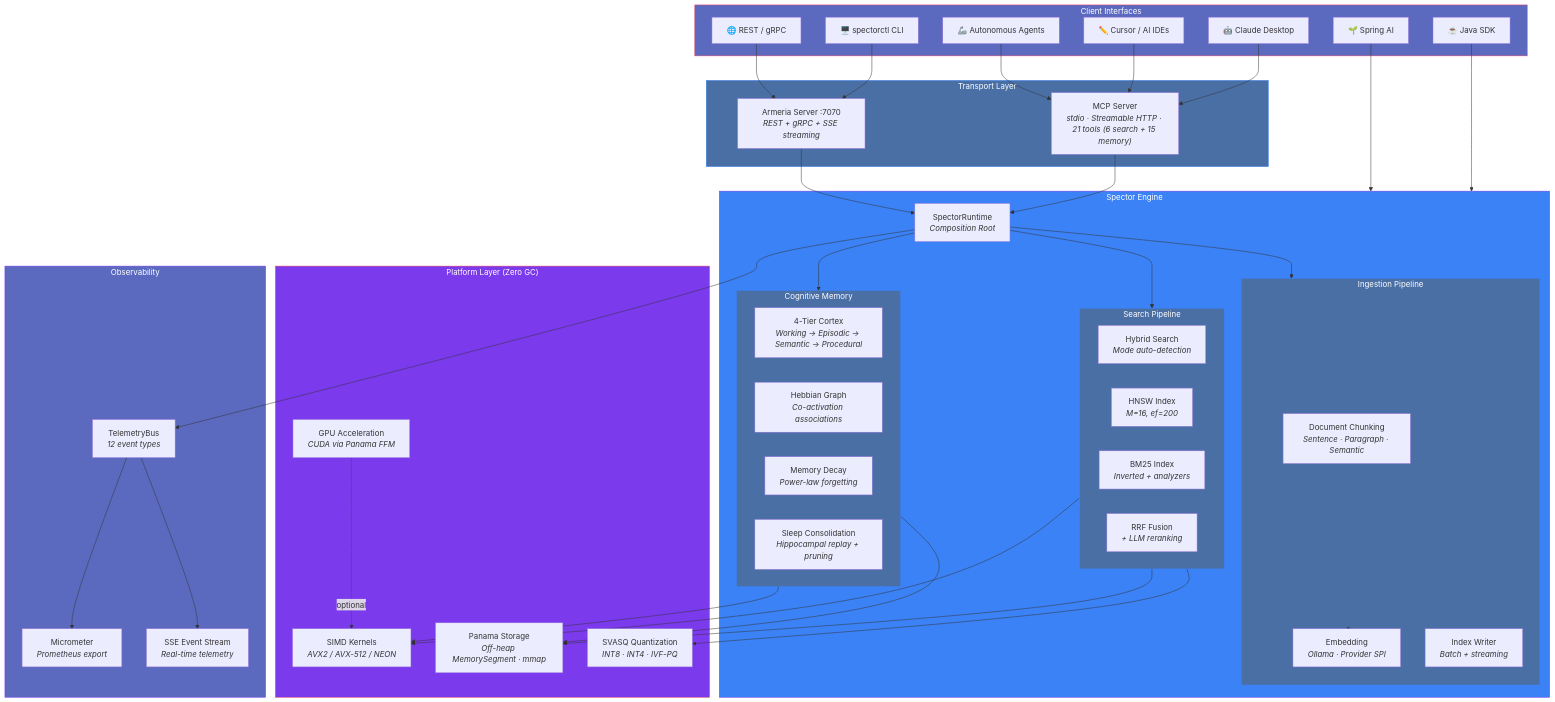
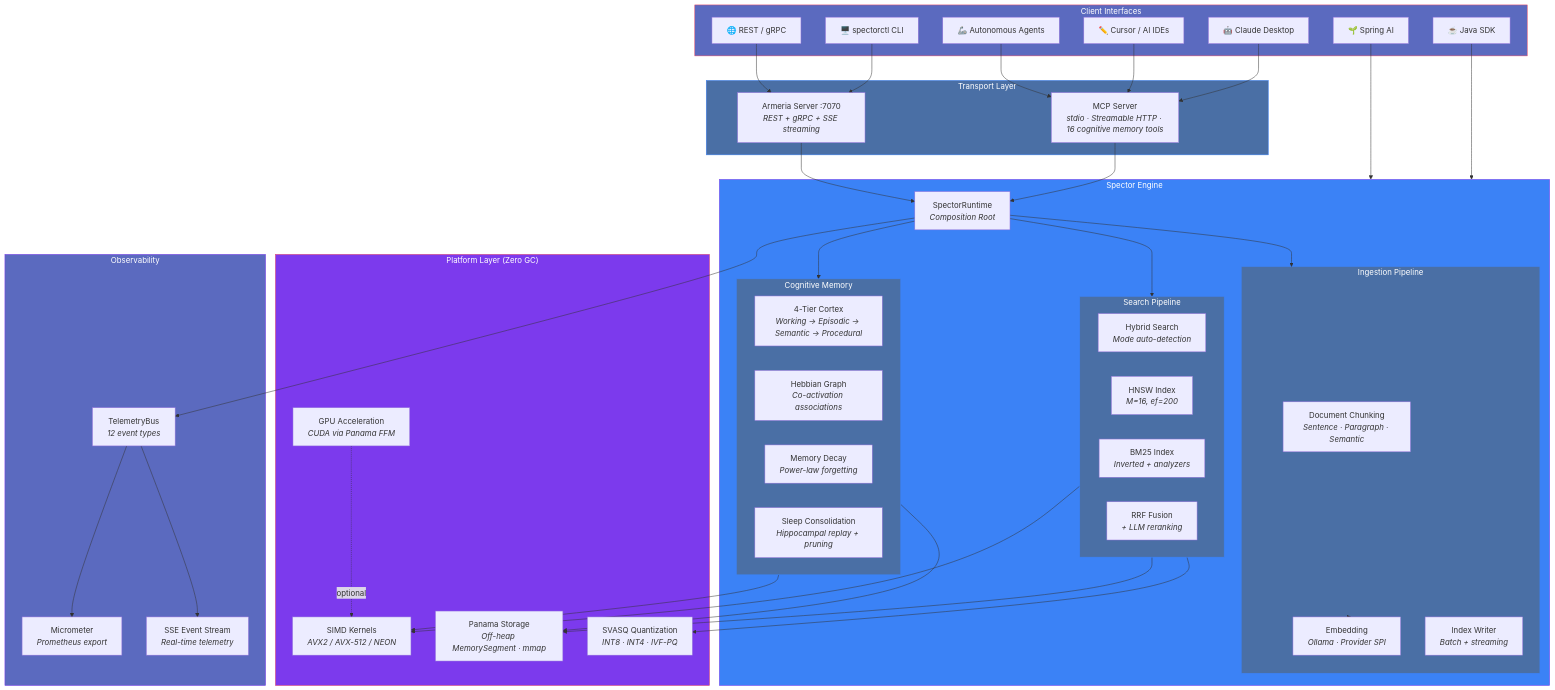
The first of 12 diagrams in docs/docs/architecture/overview.md (spectrayan/spector), drawn with Mermaid before and after one commit. The commit also changed other lines of this file and 9 other files, not shown here.

First line of the commit message:
docs: reposition Spector as agent-ready cognitive memory (#450) (#452)

````diff
--- a/docs/docs/architecture/overview.md
+++ b/docs/docs/architecture/overview.md
@@ -14,79 +14,79 @@
 ```mermaid
 graph TB
     subgraph Clients["Client Interfaces"]
         claude["🤖 Claude Desktop"]
         cursor["✏️ Cursor / AI IDEs"]
         agents["🦾 Autonomous Agents"]
         sdk["☕ Java SDK"]
         spring["🌱 Spring AI"]
         cli["🖥️ spectorctl CLI"]
         rest["🌐 REST / gRPC"]
     end
 
     subgraph Transport["Transport Layer"]
-        mcp["MCP Server<br/><i>stdio · Streamable HTTP · 21 tools (6 search + 15 memory)</i>"]
+        mcp["MCP Server<br/><i>stdio · Streamable HTTP · 16 cognitive memory tools</i>"]
         armeria["Armeria Server :7070<br/><i>REST + gRPC + SSE streaming</i>"]
     end
 
     subgraph Engine["Spector Engine"]
         runtime["SpectorRuntime<br/><i>Composition Root</i>"]
 
         subgraph Search["Search Pipeline"]
             hybrid["Hybrid Search<br/><i>Mode auto-detection</i>"]
             hnsw["HNSW Index<br/><i>M=16, ef=200</i>"]
             bm25["BM25 Index<br/><i>Inverted + analyzers</i>"]
             rrf["RRF Fusion<br/><i>+ LLM reranking</i>"]
         end
 
         subgraph Memory["Cognitive Memory"]
             cortex["4-Tier Cortex<br/><i>Working → Episodic → Semantic → Procedural</i>"]
             hebbian["Hebbian Graph<br/><i>Co-activation associations</i>"]
             decay["Memory Decay<br/><i>Power-law forgetting</i>"]
             consolidation["Sleep Consolidation<br/><i>Hippocampal replay + pruning</i>"]
         end
 
         subgraph Ingest["Ingestion Pipeline"]
             chunking["Document Chunking<br/><i>Sentence · Paragraph · Semantic</i>"]
             embedding["Embedding<br/><i>Ollama · Provider SPI</i>"]
             indexing["Index Writer<br/><i>Batch + streaming</i>"]
         end
     end
 
     subgraph Platform["Platform Layer (Zero GC)"]
         simd["SIMD Kernels<br/><i>AVX2 / AVX-512 / NEON</i>"]
         panama["Panama Storage<br/><i>Off-heap MemorySegment · mmap</i>"]
         quant["SVASQ Quantization<br/><i>INT8 · INT4 · IVF-PQ</i>"]
         gpu["GPU Acceleration<br/><i>CUDA via Panama FFM</i>"]
     end
 
     subgraph Observe["Observability"]
         events["TelemetryBus<br/><i>12 event types</i>"]
         metrics["Micrometer<br/><i>Prometheus export</i>"]
         sse["SSE Event Stream<br/><i>Real-time telemetry</i>"]
     end
 
     claude & cursor & agents --> mcp
     sdk & spring --> Engine
     cli & rest --> armeria
     mcp & armeria --> runtime
 
     runtime --> Search & Memory & Ingest
 
     Search --> simd & panama & quant
     Memory --> simd & panama
     Ingest --> embedding
 
     runtime --> events
     events --> metrics & sse
 
     gpu -.->|optional| simd
 
     style Clients fill:#5b6abf,stroke:#e94560,color:#fff
     style Transport fill:#4a6fa5,stroke:#3b82f6,color:#fff
     style Engine fill:#3b82f6,stroke:#7c3aed,color:#fff
     style Platform fill:#7c3aed,stroke:#e94560,color:#fff
     style Observe fill:#5b6abf,stroke:#7c3aed,color:#fff
     style Search fill:#4a6fa5,stroke:#3b82f6,color:#fff
     style Memory fill:#4a6fa5,stroke:#3b82f6,color:#fff
     style Ingest fill:#4a6fa5,stroke:#3b82f6,color:#fff
 ```
````
